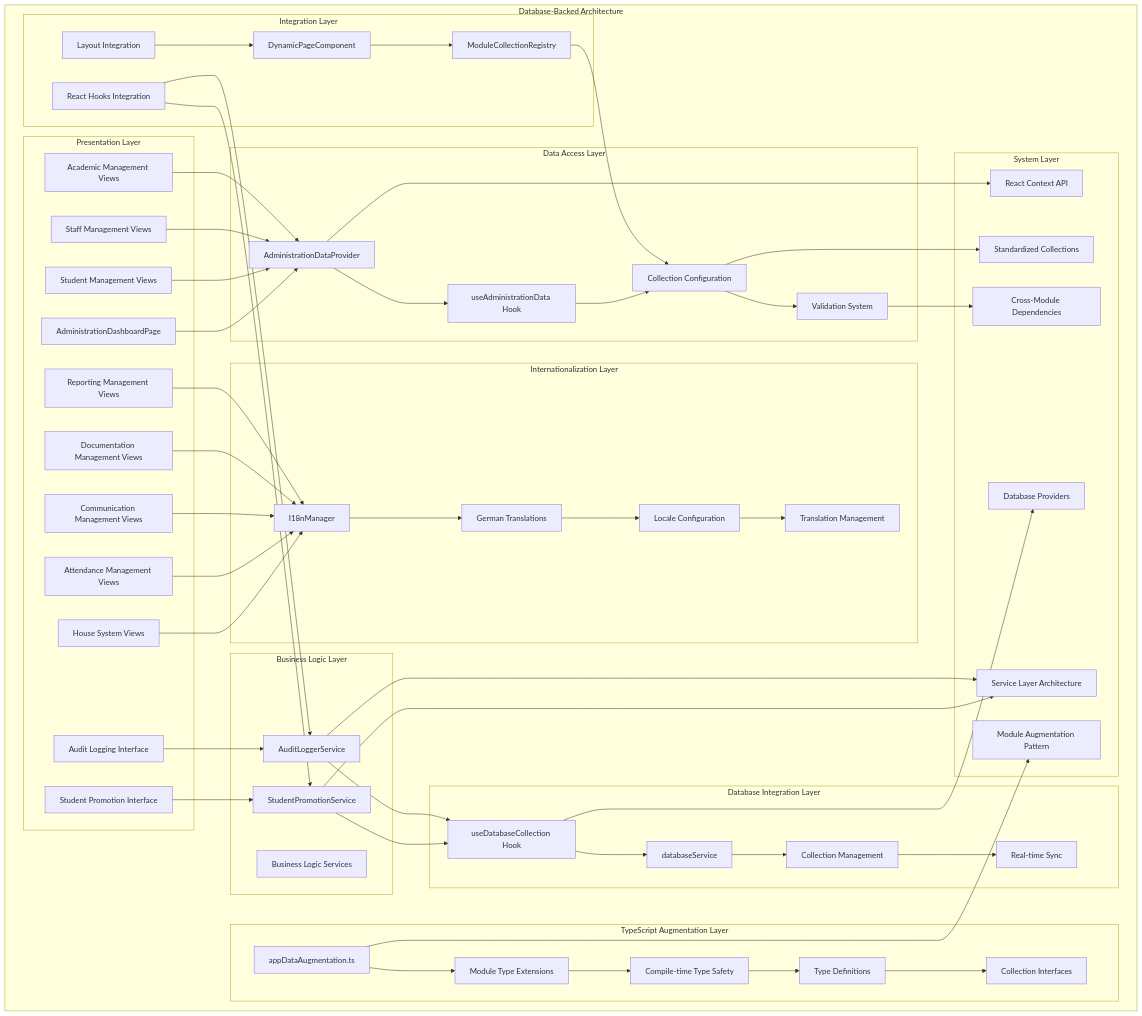
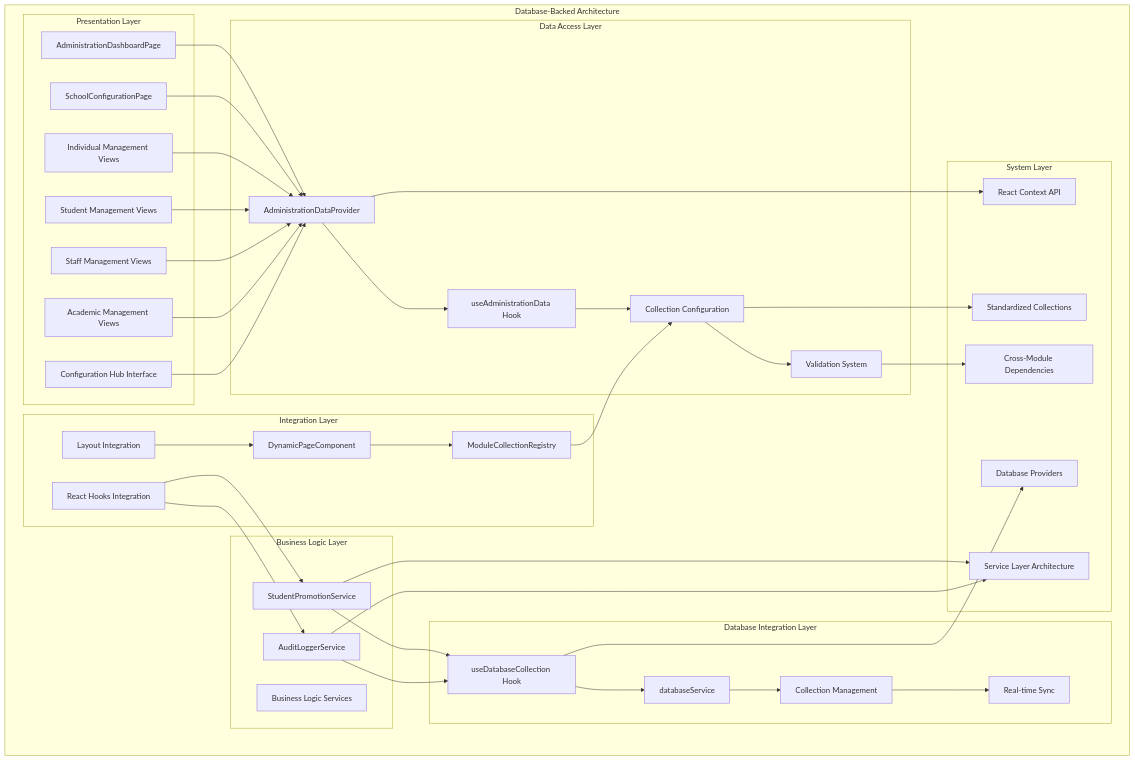
One commit to geniusdynamics/schoolpilot changed the second of 5 diagrams in .qoder/repowiki/en/content/Modules System/Administration Module.md. Above: the diagram before and after it, drawn with Mermaid. The commit also changed other lines of this file and 311 other files, not shown here.

````diff
--- a/.qoder/repowiki/en/content/Modules System/Administration Module.md
+++ b/.qoder/repowiki/en/content/Modules System/Administration Module.md
@@ -189,98 +172,68 @@
 subgraph "Database-Backed Architecture"
 subgraph "Presentation Layer"
 A[AdministrationDashboardPage]
-B[Student Management Views]
-C[Staff Management Views]
-D[Academic Management Views]
-E[Student Promotion Interface]
-F[Audit Logging Interface]
-G[House System Views]
-H[Attendance Management Views]
-I[Communication Management Views]
-J[Documentation Management Views]
-K[Reporting Management Views]
+B[SchoolConfigurationPage]
+C[Individual Management Views]
+D[Student Management Views]
+E[Staff Management Views]
+F[Academic Management Views]
+G[Configuration Hub Interface]
 end
 subgraph "Data Access Layer"
-L[AdministrationDataProvider]
-M[useAdministrationData Hook]
-N[Collection Configuration]
-O[Validation System]
+H[AdministrationDataProvider]
+I[useAdministrationData Hook]
+J[Collection Configuration]
+K[Validation System]
 end
 subgraph "Business Logic Layer"
-P[StudentPromotionService]
-Q[AuditLoggerService]
-R[Business Logic Services]
+L[StudentPromotionService]
+M[AuditLoggerService]
+N[Business Logic Services]
 end
 subgraph "Database Integration Layer"
-S[useDatabaseCollection Hook]
-T[databaseService]
-U[Collection Management]
-V[Real-time Sync]
+O[useDatabaseCollection Hook]
+P[databaseService]
+Q[Collection Management]
+R[Real-time Sync]
 end
 subgraph "Integration Layer"
-W[ModuleCollectionRegistry]
-X[DynamicPageComponent]
-Y[Layout Integration]
-Z[React Hooks Integration]
-end
-subgraph "Internationalization Layer"
-AA[I18nManager]
-BB[German Translations]
-CC[Locale Configuration]
-DD[Translation Management]
-end
-subgraph "TypeScript Augmentation Layer"
-EE[appDataAugmentation.ts]
-FF[Module Type Extensions]
-GG[Compile-time Type Safety]
-HH[Type Definitions]
-II[Collection Interfaces]
+S[ModuleCollectionRegistry]
+T[DynamicPageComponent]
+U[Layout Integration]
+V[React Hooks Integration]
 end
 subgraph "System Layer"
-JJ[React Context API]
-KK[Standardized Collections]
-LL[Cross-Module Dependencies]
-MM[Database Providers]
-NN[Service Layer Architecture]
-OO[Module Augmentation Pattern]
+W[React Context API]
+X[Standardized Collections]
+Y[Cross-Module Dependencies]
+Z[Database Providers]
+AA[Service Layer Architecture]
 end
 end
-A --> L
-B --> L
-C --> L
-D --> L
-E --> P
-F --> Q
-G --> AA
-H --> AA
-I --> AA
-J --> AA
-K --> AA
-L --> M
-M --> N
-N --> O
-P --> S
-Q --> S
-S --> T
-T --> U
-U --> V
-W --> N
-X --> W
-Y --> X
-Z --> P
-Z --> Q
-AA --> BB
-BB --> CC
-CC --> DD
-EE --> FF
-FF --> GG
-GG --> HH
-HH --> II
-L --> JJ
-N --> KK
-O --> LL
-S --> MM
-P --> NN
-Q --> NN
-EE --> OO
+A --> H
+B --> H
+C --> H
+D --> H
+E --> H
+F --> H
+G --> H
+H --> I
+I --> J
+J --> K
+L --> O
+M --> O
+O --> P
+P --> Q
+Q --> R
+S --> J
+T --> S
+U --> T
+V --> L
+V --> M
+H --> W
+J --> X
+K --> Y
+O --> Z
+L --> AA
+M --> AA
 ```
````
